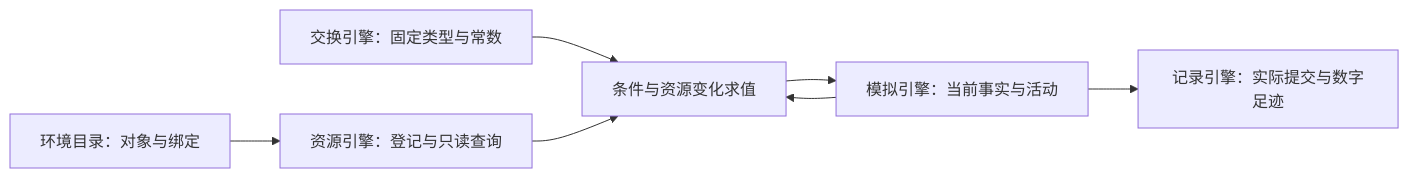
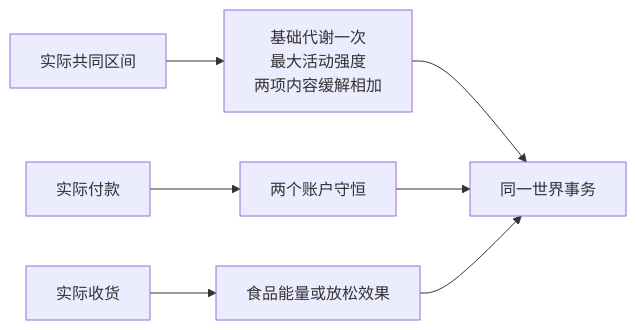
Before and after one commit to HoldThatThgt/WorldMock: the diagram in docs/design/02-exchange-engine.md, drawn with Mermaid. The commit also changed other lines of this file and 577 other files, not shown here.

````diff
--- a/docs/design/02-exchange-engine.md
+++ b/docs/design/02-exchange-engine.md
@@ -23,9 +10,9 @@
 ```mermaid
 flowchart LR
-    C[环境目录：对象与绑定] --> R[资源引擎：登记与只读查询]
-    X[交换引擎：固定类型与常数] --> V[条件与资源变化求值]
-    R --> V
-    S[模拟引擎：当前事实与活动] --> V
-    V --> S
-    S --> F[记录引擎：实际提交与数字足迹]
+    Interval[实际共同区间] --> Body[基础代谢一次<br/>最大活动强度<br/>两项内容缓解相加]
+    Payment[实际付款] --> Money[两个账户守恒]
+    Receipt[实际收货] --> Effect[食品能量或放松效果]
+    Body --> Commit[同一世界事务]
+    Money --> Commit
+    Effect --> Commit
 ```
````
